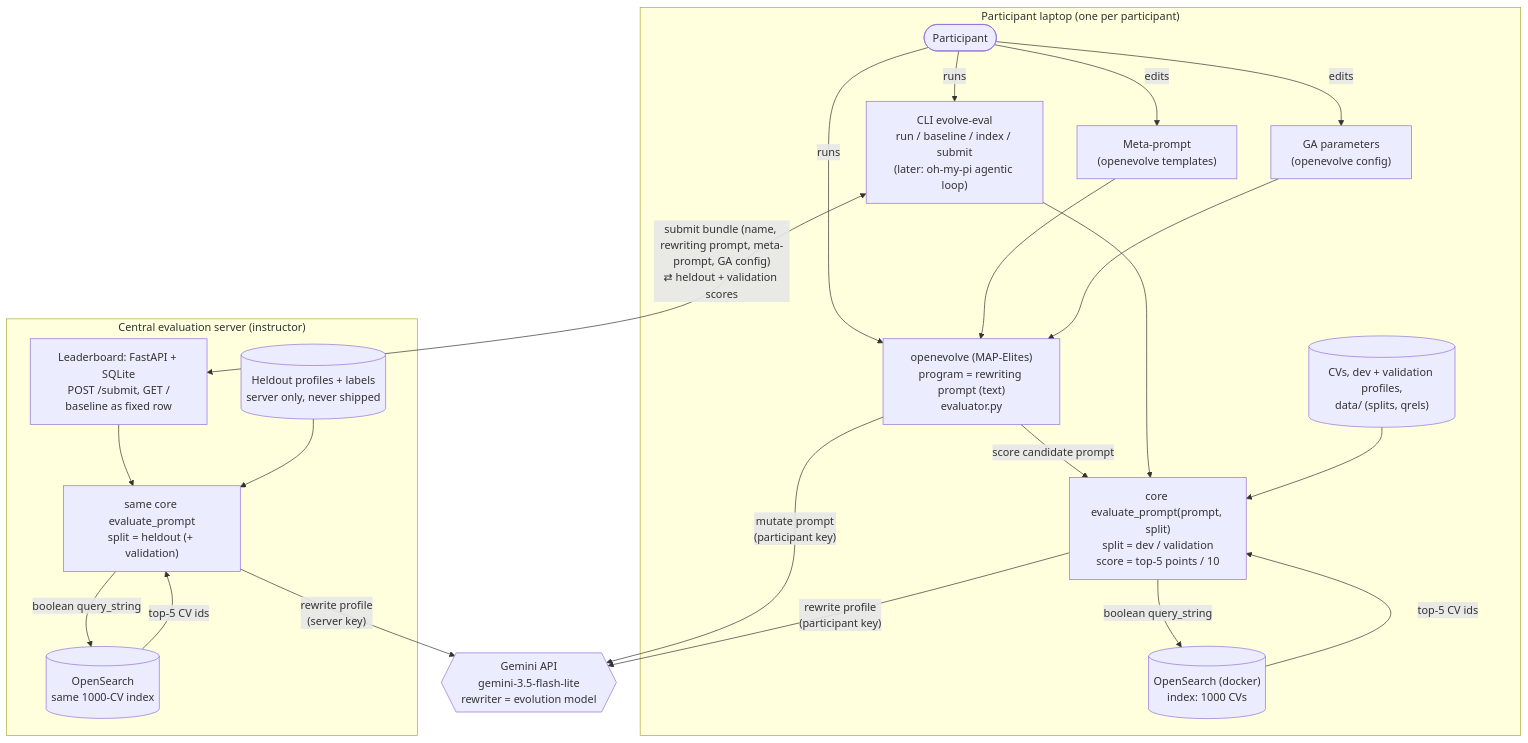
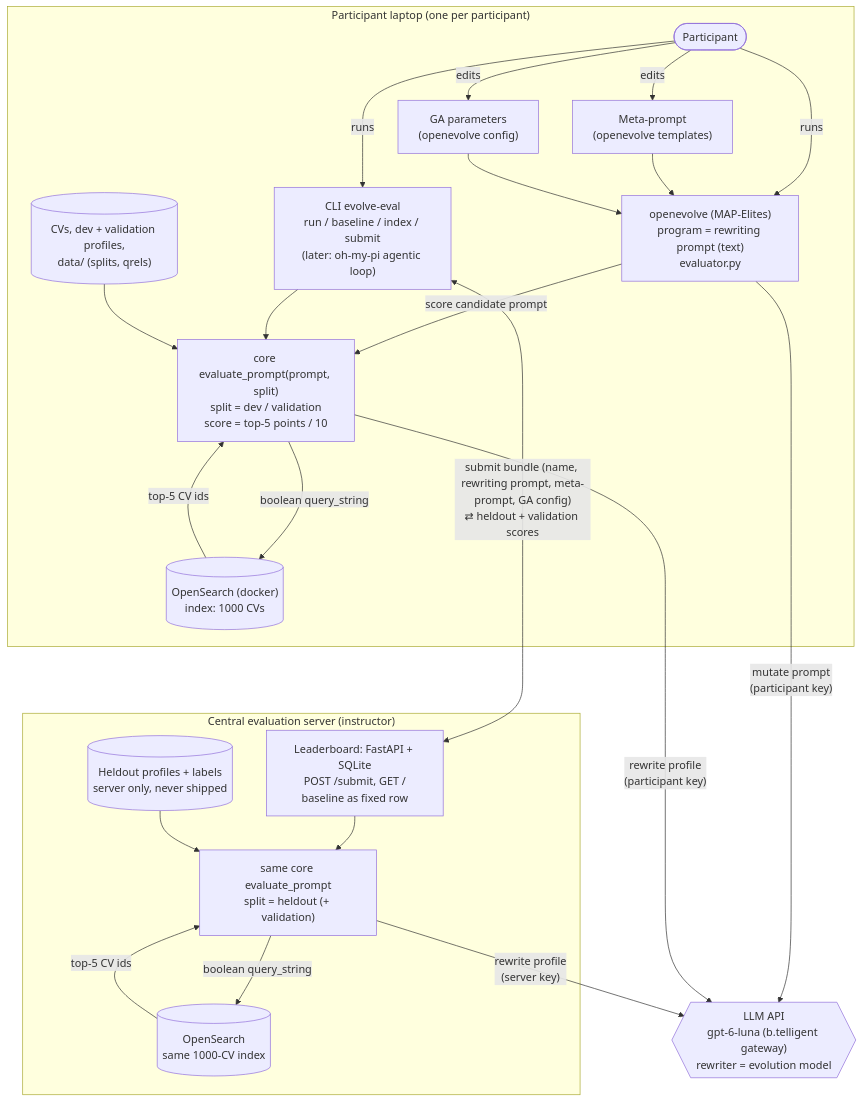
One commit to Allgoerithm/tjf-evolve changed the diagram in PLAN.md. Above: the diagram before and after it, drawn with Mermaid. The commit also changed other lines of this file and 10 other files, not shown here.

First line of the commit message:
Add core evaluation function and switch LLM to b.telligent gateway

````diff
--- a/PLAN.md
+++ b/PLAN.md
@@ -36,47 +36,48 @@
 ```mermaid
 flowchart TB
     subgraph P["Participant laptop (one per participant)"]
         user(["Participant"])
         meta["Meta-prompt<br/>(openevolve templates)"]
         ga["GA parameters<br/>(openevolve config)"]
         oe["openevolve (MAP-Elites)<br/>program = rewriting prompt (text)<br/>evaluator.py"]
         cli["CLI evolve-eval<br/>run / baseline / index / submit<br/>(later: oh-my-pi agentic loop)"]
         coreP["core evaluate_prompt(prompt, split)<br/>split = dev / validation<br/>score = top-5 points / 10"]
         dataP[("CVs, dev + validation profiles,<br/>data/ (splits, qrels)")]
         osP[("OpenSearch (docker)<br/>index: 1000 CVs")]
 
         user -- edits --> meta
         user -- edits --> ga
         user -- runs --> oe
         user -- runs --> cli
         meta --> oe
         ga --> oe
         oe -- "score candidate prompt" --> coreP
         cli --> coreP
         dataP --> coreP
         coreP -- "boolean query_string" --> osP
         osP -- "top-5 CV ids" --> coreP
     end
 
     subgraph S["Central evaluation server (instructor)"]
         lb["Leaderboard: FastAPI + SQLite<br/>POST /submit, GET /<br/>baseline as fixed row"]
         coreS["same core evaluate_prompt<br/>split = heldout (+ validation)"]
         dataS[("Heldout profiles + labels<br/>server only, never shipped")]
         osS[("OpenSearch<br/>same 1000-CV index")]
 
         lb --> coreS
         dataS --> coreS
         coreS -- "boolean query_string" --> osS
         osS -- "top-5 CV ids" --> coreS
     end
 
-    gemini{{"Gemini API<br/>gemini-3.5-flash-lite<br/>rewriter = evolution model"}}
+    gemini{{"LLM API<br/>gpt-6-luna (b.telligent gateway)<br/>rewriter = evolution model"}}
 
     oe -- "mutate prompt<br/>(participant key)" --> gemini
     coreP -- "rewrite profile<br/>(participant key)" --> gemini
     coreS -- "rewrite profile<br/>(server key)" --> gemini
     cli <-- "submit bundle (name, rewriting prompt, meta-prompt, GA config)<br/>⇄ heldout + validation scores" --> lb
 
-    %% invisible link: keeps the server below the participant laptop
-    P ~~~ S
+    %% invisible links: rank the server below the lowest laptop nodes
+    coreP ~~~ lb
+    osP ~~~ lb
 ```
````
